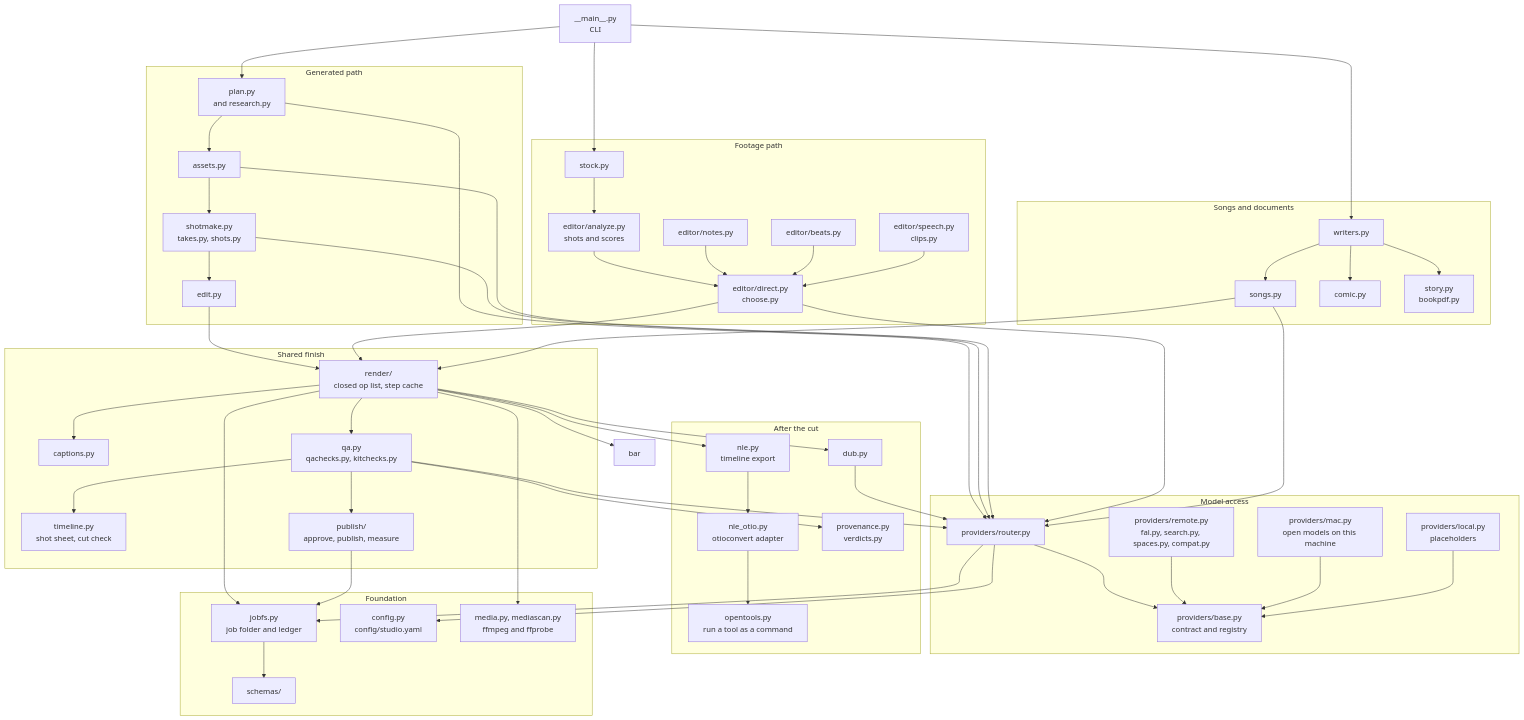
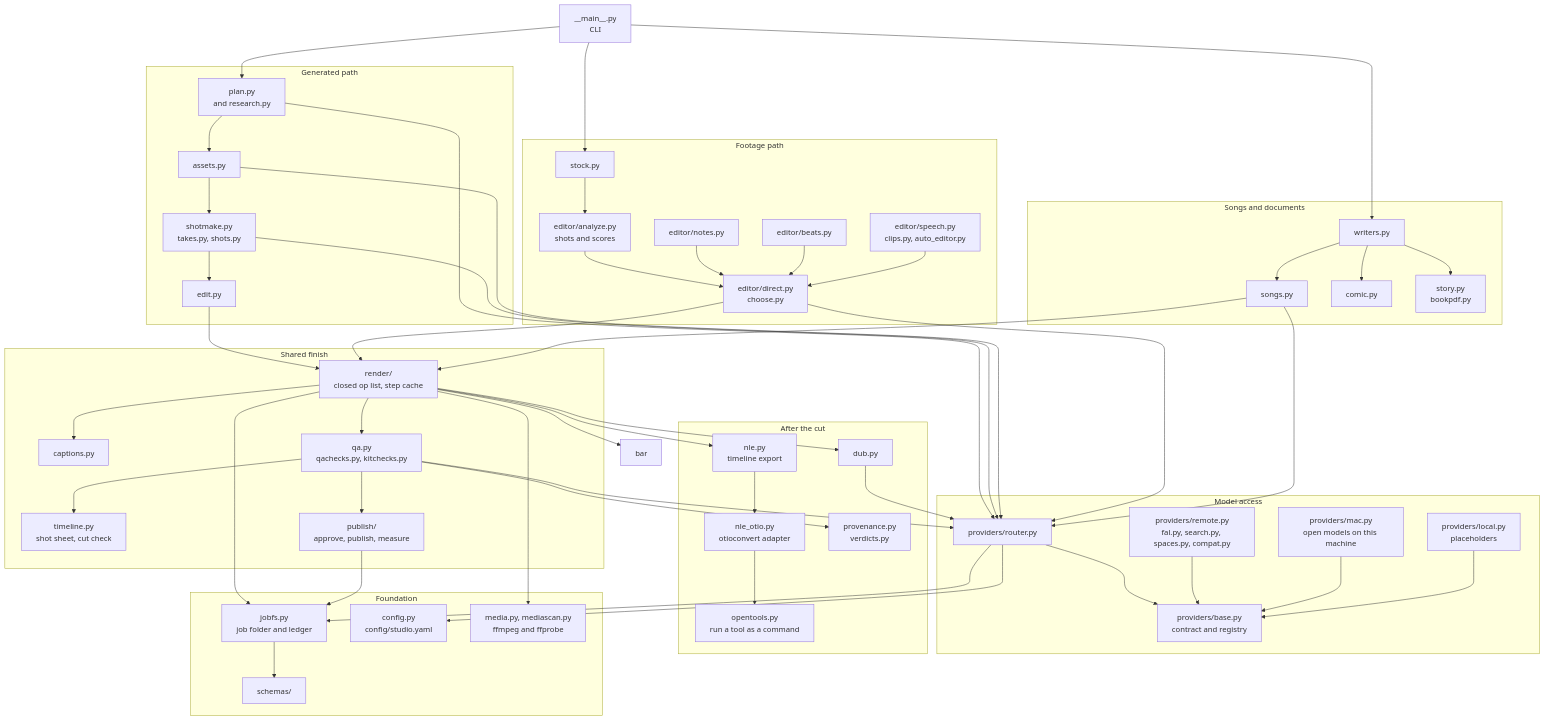
The third of 10 diagrams in ARCHITECTURE.md (kaiverse-io/kalainova), drawn with Mermaid before and after one commit. The commit also changed other lines of this file and 8 other files, not shown here.

First line of the commit message:
feat: auto-editor as a second speech-cuts adapter, called as a command (#53)

```diff
--- a/ARCHITECTURE.md
+++ b/ARCHITECTURE.md
@@ -122,7 +122,7 @@
         direct["editor/direct.py<br/>choose.py"]
         notes["editor/notes.py"]
         beats["editor/beats.py"]
-        speech["editor/speech.py<br/>clips.py"]
+        speech["editor/speech.py<br/>clips.py, auto_editor.py"]
     end
 
     subgraph finish["Shared finish"]
```
